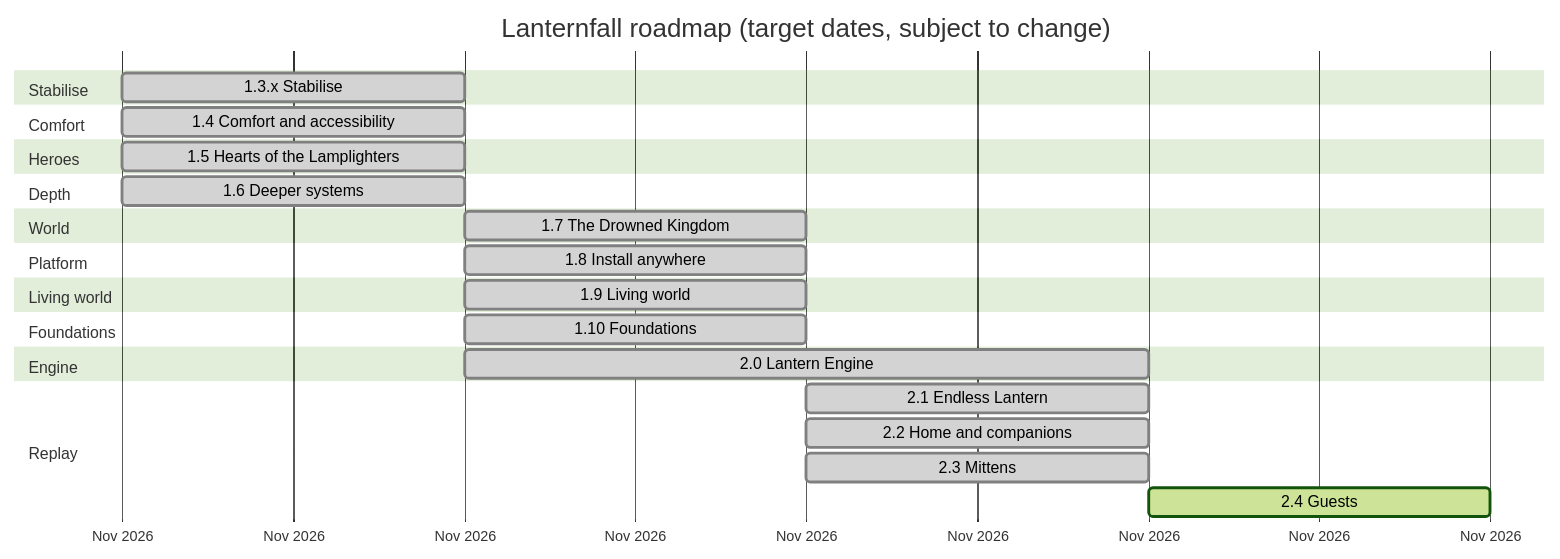
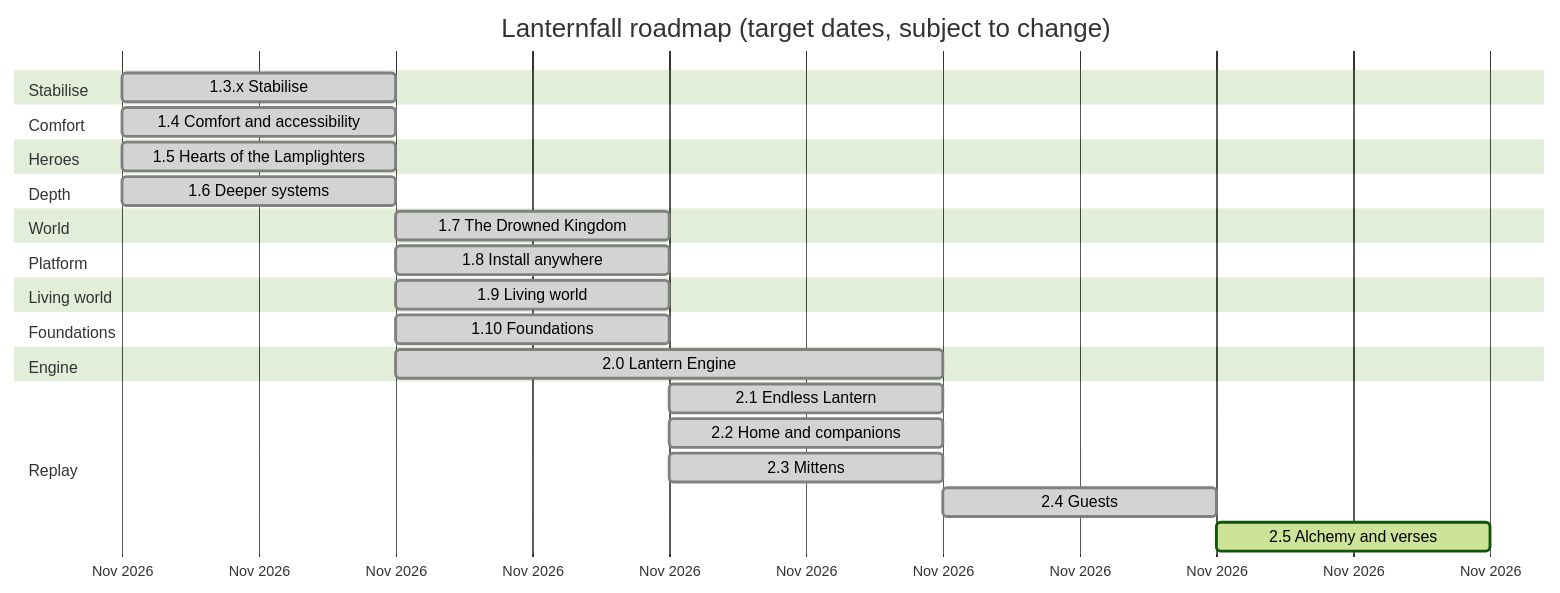
The third of 15 diagrams in ROADMAP.md (CptNope/Laternfall), drawn with Mermaid (forest theme) before and after one commit. The commit also changed other lines of this file and 22 other files, not shown here.

First line of the commit message:
2.5: the alchemy bench and Old Bram's verses

````diff
--- a/ROADMAP.md
+++ b/ROADMAP.md
@@ -99,29 +99,30 @@
 ```mermaid
 gantt
     title Lanternfall roadmap (target dates, subject to change)
     dateFormat YYYY-MM-DD
     axisFormat %b %Y
     section Stabilise
     1.3.x Stabilise                  :done, m13, 2026-11-23, 1d
     section Comfort
     1.4 Comfort and accessibility    :done, m14, 2026-11-23, 1d
     section Heroes
     1.5 Hearts of the Lamplighters   :done, m15, 2026-11-23, 1d
     section Depth
     1.6 Deeper systems               :done, m16, 2026-11-23, 1d
     section World
     1.7 The Drowned Kingdom          :done, m17, 2026-11-24, 1d
     section Platform
     1.8 Install anywhere             :done, m18, 2026-11-24, 1d
     section Living world
     1.9 Living world                 :done, m19, 2026-11-24, 1d
     section Foundations
     1.10 Foundations                 :done, m110, 2026-11-24, 1d
     section Engine
     2.0 Lantern Engine               :done, m20, 2026-11-24, 2d
     section Replay
     2.1 Endless Lantern              :done, m21, 2026-11-25, 1d
     2.2 Home and companions          :done, m22, 2026-11-25, 1d
     2.3 Mittens                      :done, m23, 2026-11-25, 1d
-    2.4 Guests                       :active, m24, 2026-11-26, 1d
+    2.4 Guests                       :done, m24, 2026-11-26, 1d
+    2.5 Alchemy and verses           :active, m25, 2026-11-27, 1d
 ```
````
